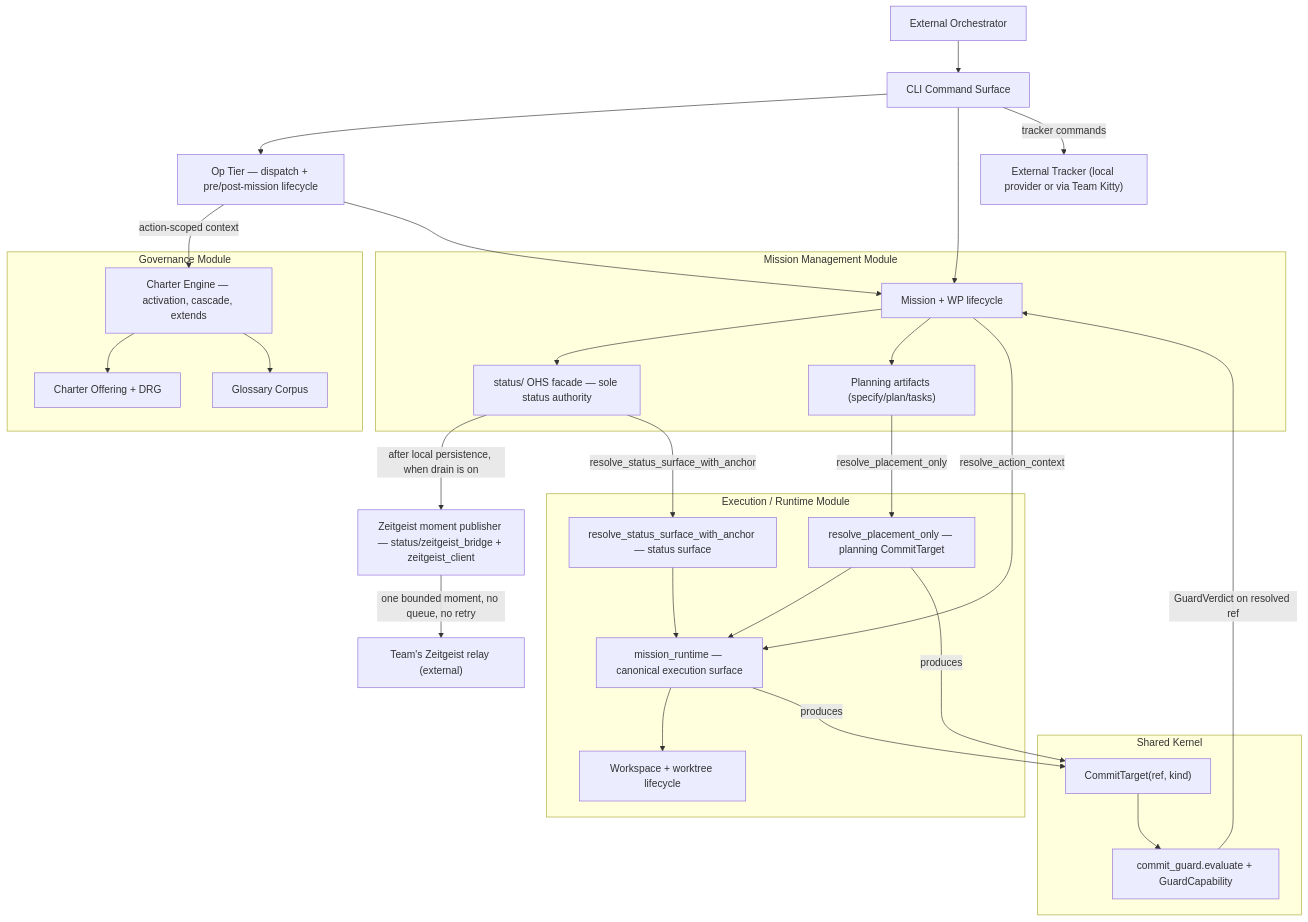
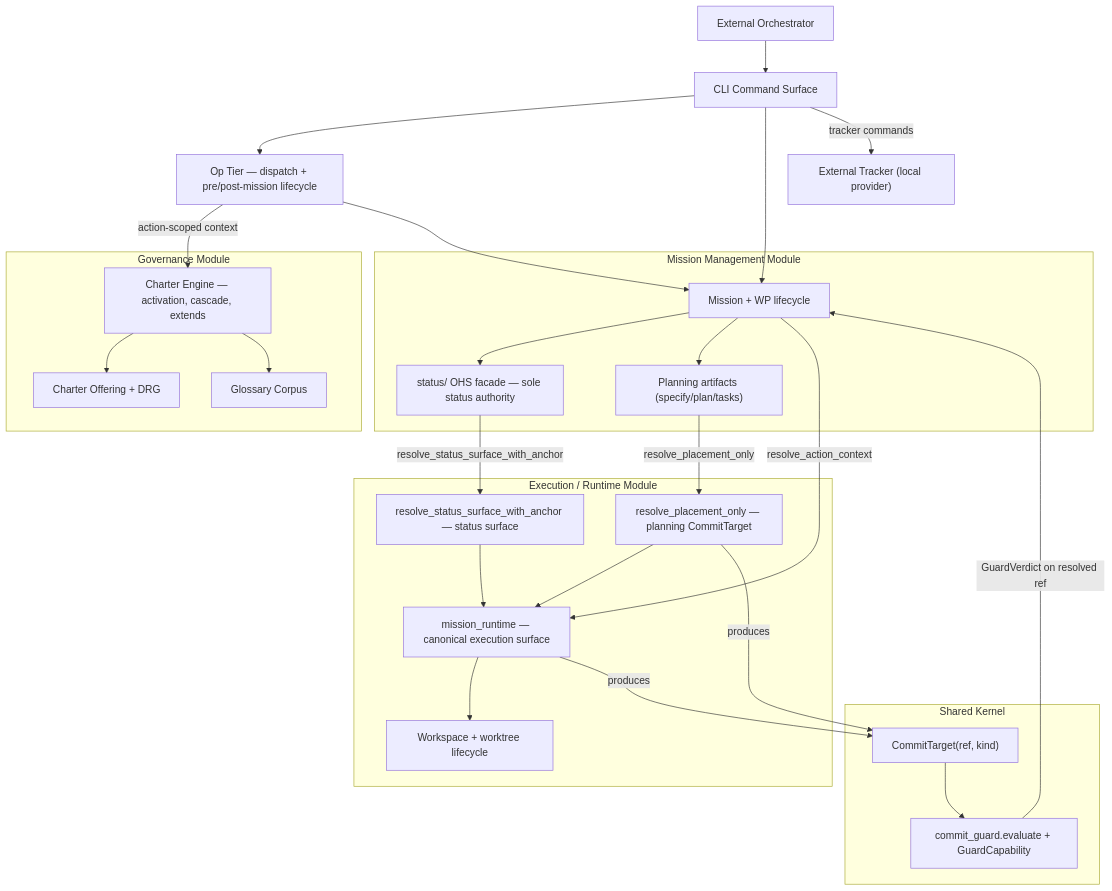
One commit to spec-kitty/spec-kitty changed the first of 3 diagrams in docs/architecture/diagrams/02_containers/README.md. Above: the diagram before and after it, drawn with Mermaid. The commit also changed other lines of this file and 24 other files, not shown here.

First line of the commit message:
docs(landing): stop the architecture docs describing removed modules as live

````diff
--- a/docs/architecture/diagrams/02_containers/README.md
+++ b/docs/architecture/diagrams/02_containers/README.md
@@ -42,59 +42,55 @@
 ```mermaid
 flowchart TB
     cli["CLI Command Surface"]
 
     subgraph Governance["Governance Module"]
       charter["Charter Engine — activation, cascade, extends"]
       doctrine["Charter Offering + DRG"]
       glossary["Glossary Corpus"]
     end
 
     subgraph Mission["Mission Management Module"]
       missionLifecycle["Mission + WP lifecycle"]
       statusFacade["status/ OHS facade — sole status authority"]
       planning["Planning artifacts (specify/plan/tasks)"]
     end
 
     subgraph Execution["Execution / Runtime Module"]
       missionRuntime["mission_runtime — canonical execution surface"]
       placement["resolve_placement_only — planning CommitTarget"]
       surface["resolve_status_surface_with_anchor — status surface"]
       workspace["Workspace + worktree lifecycle"]
     end
 
     subgraph Kernel["Shared Kernel"]
       commitTarget["CommitTarget(ref, kind)"]
       commitGuard["commit_guard.evaluate + GuardCapability"]
     end
 
     op["Op Tier — dispatch + pre/post-mission lifecycle"]
     orchestrator["External Orchestrator"] --> cli
-    moments["Zeitgeist moment publisher — status/zeitgeist_bridge + zeitgeist_client"]
-    relay["Team's Zeitgeist relay (external)"]
-    extTracker["External Tracker (local provider or via Team Kitty)"]
+    extTracker["External Tracker (local provider)"]
 
     cli --> op
     op -->|action-scoped context| charter
     charter --> doctrine
     charter --> glossary
     op --> missionLifecycle
 
     cli --> missionLifecycle
     missionLifecycle --> statusFacade
     missionLifecycle --> planning
-    statusFacade -->|after local persistence, when drain is on| moments
-    moments -->|one bounded moment, no queue, no retry| relay
     cli -->|tracker commands| extTracker
 
     missionLifecycle -->|resolve_action_context| missionRuntime
     planning -->|resolve_placement_only| placement
     statusFacade -->|resolve_status_surface_with_anchor| surface
     placement --> missionRuntime
     surface --> missionRuntime
     missionRuntime --> workspace
 
     missionRuntime -->|produces| commitTarget
     placement -->|produces| commitTarget
     commitTarget --> commitGuard
     commitGuard -->|GuardVerdict on resolved ref| missionLifecycle
 ```
````
